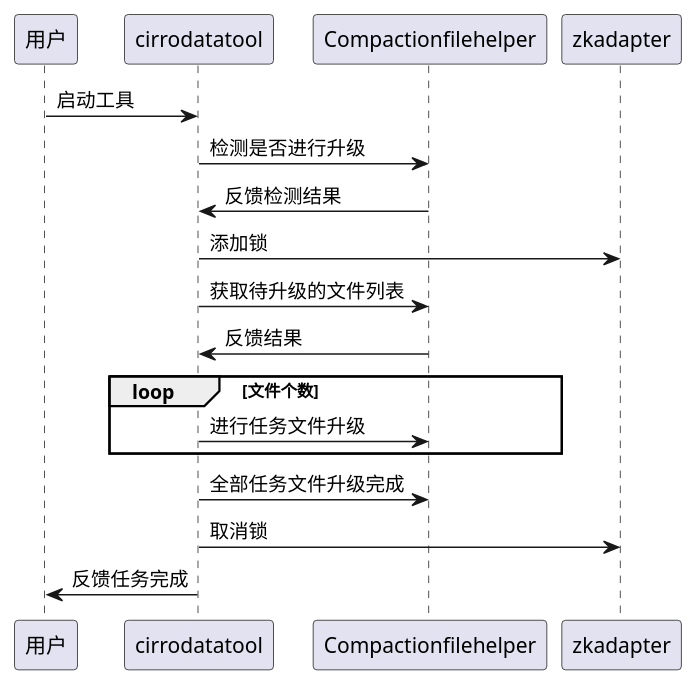
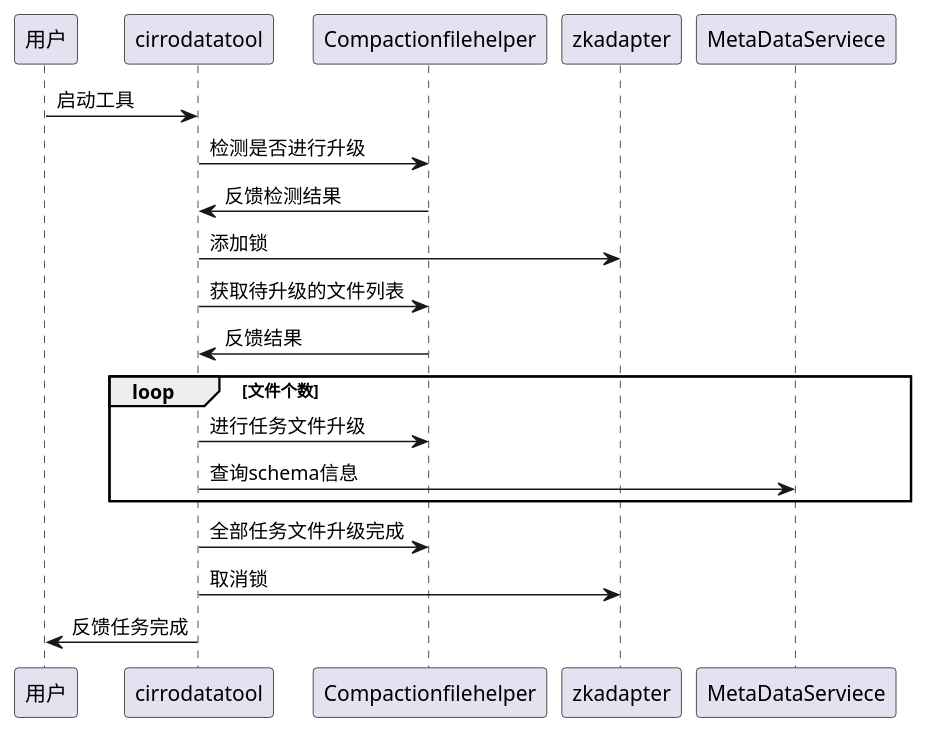
Before and after one commit to HarpsealCC/note: diagram 18 of 24 in 东方国信工作资料/compaction/Compaction任务升级方案.md, drawn with PlantUML. The commit also changed other lines of this file, not shown here.

````diff
--- a/东方国信工作资料/compaction/Compaction任务升级方案.md
+++ b/东方国信工作资料/compaction/Compaction任务升级方案.md
@@ -487,16 +500,17 @@
 ```plantuml
 @startuml
 用户-> cirrodatatool : 启动工具
 cirrodatatool -> Compactionfilehelper : 检测是否进行升级
 cirrodatatool <- Compactionfilehelper : 反馈检测结果
 cirrodatatool -> zkadapter : 添加锁
 cirrodatatool -> Compactionfilehelper : 获取待升级的文件列表
 cirrodatatool <- Compactionfilehelper : 反馈结果
 loop 文件个数
     cirrodatatool -> Compactionfilehelper : 进行任务文件升级
+	cirrodatatool -> MetaDataServiece : 查询schema信息
 end
 cirrodatatool -> Compactionfilehelper : 全部任务文件升级完成
 cirrodatatool -> zkadapter : 取消锁
 用户 <- cirrodatatool : 反馈任务完成
 @enduml
 ```
````
